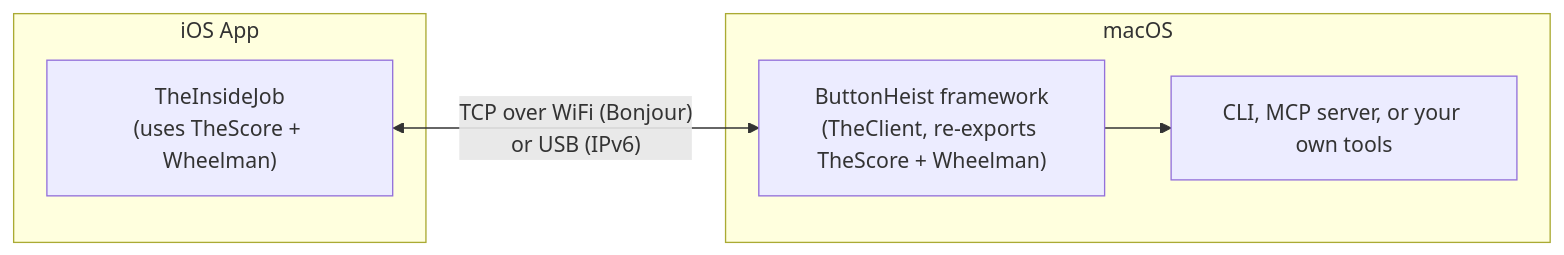
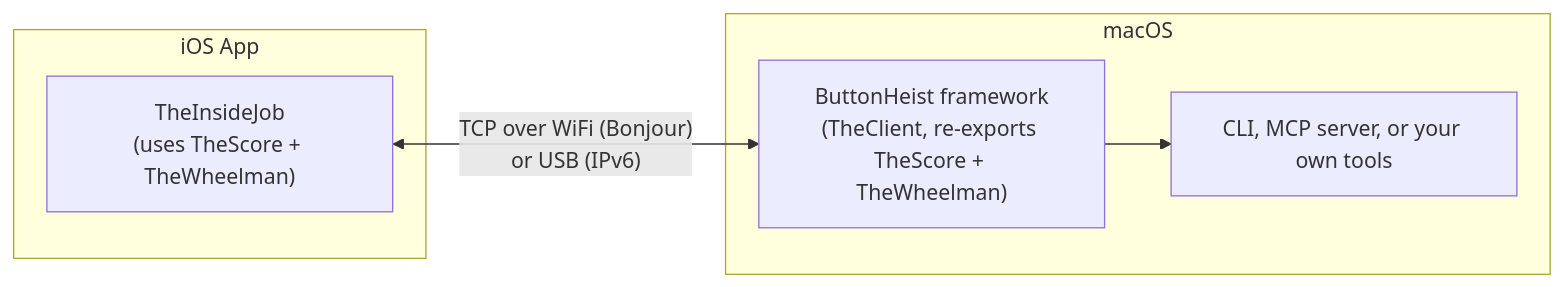
Before and after one commit to RoyalPineapple/TheButtonHeist: the diagram in ButtonHeist/README.md, drawn with Mermaid. The commit also changed other lines of this file and 23 other files, not shown here.

````diff
--- a/ButtonHeist/README.md
+++ b/ButtonHeist/README.md
@@ -16,13 +16,13 @@
 ```mermaid
 graph LR
     subgraph ios["iOS App"]
-        IJ["TheInsideJob<br>(uses TheScore + Wheelman)"]
+        IJ["TheInsideJob<br>(uses TheScore + TheWheelman)"]
     end
 
     IJ <-->|"TCP over WiFi (Bonjour)<br>or USB (IPv6)"| BH
 
     subgraph macos["macOS"]
-        BH["ButtonHeist framework<br>(TheClient, re-exports TheScore + Wheelman)"]
+        BH["ButtonHeist framework<br>(TheClient, re-exports TheScore + TheWheelman)"]
         BH --> Consumers["CLI, MCP server, or your own tools"]
     end
 ```
````
